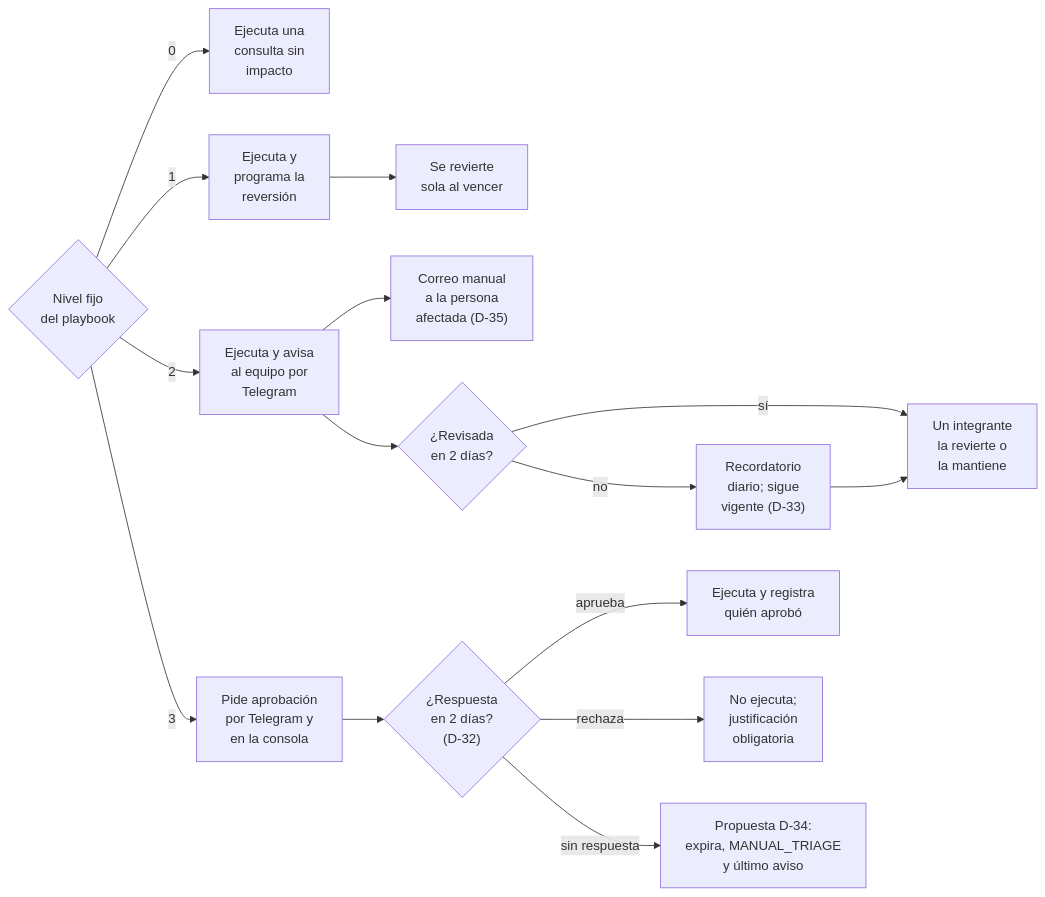
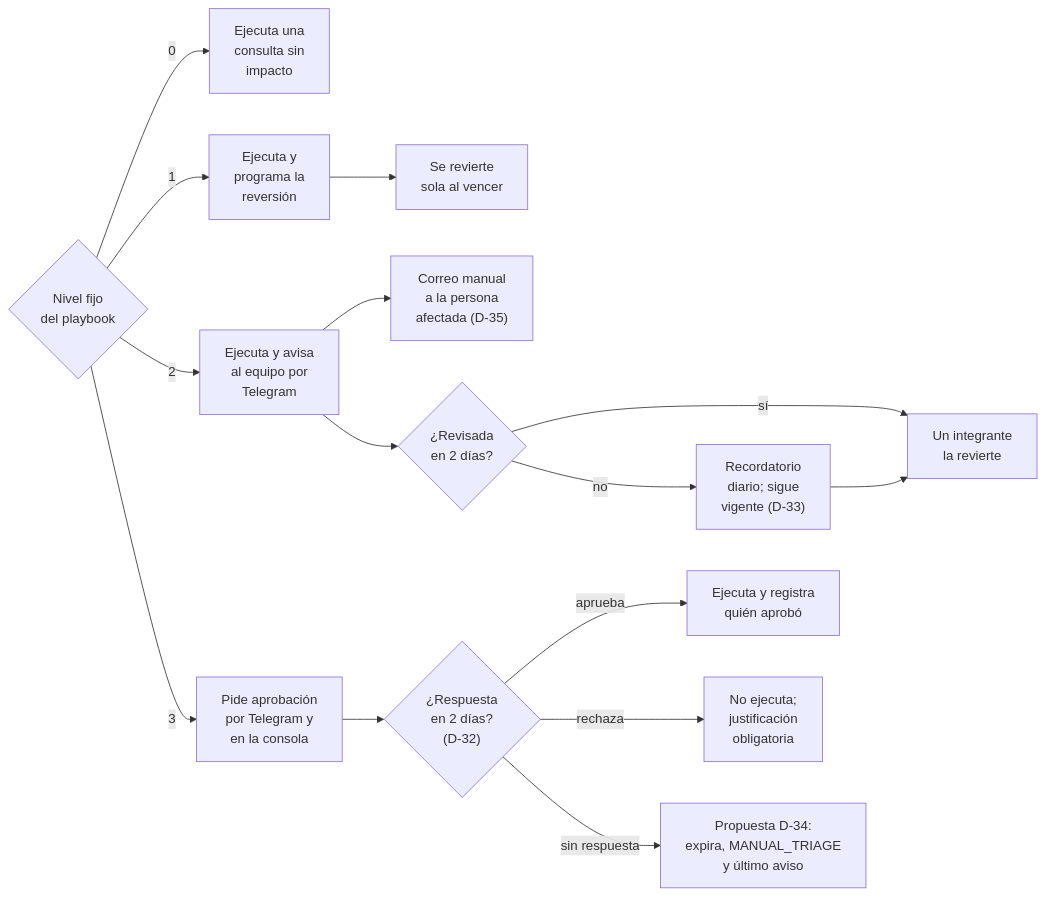
One commit to soaria186/kronos-ai changed the diagram in docs/diagramas/02_tratamiento_niveles.mmd. Above: the diagram before and after it, drawn with Mermaid. The commit also changed 31 other files, not shown here.

```diff
--- a/docs/diagramas/02_tratamiento_niveles.mmd
+++ b/docs/diagramas/02_tratamiento_niveles.mmd
@@ -1,14 +1,14 @@
 flowchart LR
     N{"Nivel fijo<br/>del playbook"}
     N -- "0" --> N0["Ejecuta una<br/>consulta sin<br/>impacto"]
     N -- "1" --> N1["Ejecuta y<br/>programa la<br/>reversión"] --> R1["Se revierte<br/>sola al vencer"]
     N -- "2" --> N2["Ejecuta y avisa<br/>al equipo por<br/>Telegram"]
     N2 --> M2["Correo manual<br/>a la persona<br/>afectada (D-35)"]
     N2 --> P2{"¿Revisada<br/>en 2 días?"}
-    P2 -- "sí" --> F2["Un integrante<br/>la revierte o<br/>la mantiene"]
+    P2 -- "sí" --> F2["Un integrante<br/>la revierte"]
     P2 -- "no" --> D2["Recordatorio<br/>diario; sigue<br/>vigente (D-33)"] --> F2
     N -- "3" --> N3["Pide aprobación<br/>por Telegram y<br/>en la consola"]
     N3 --> P3{"¿Respuesta<br/>en 2 días?<br/>(D-32)"}
     P3 -- "aprueba" --> E3["Ejecuta y registra<br/>quién aprobó"]
     P3 -- "rechaza" --> X3["No ejecuta;<br/>justificación<br/>obligatoria"]
     P3 -- "sin respuesta" --> V3["Propuesta D-34:<br/>expira, MANUAL_TRIAGE<br/>y último aviso"]
```
